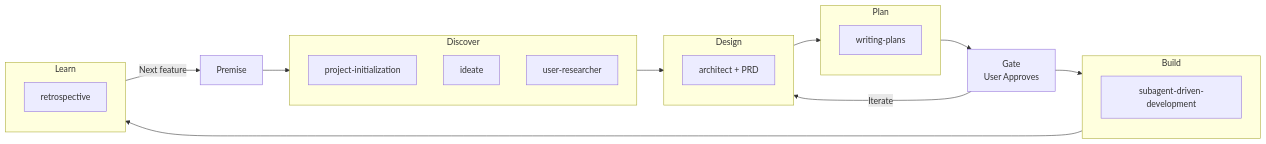
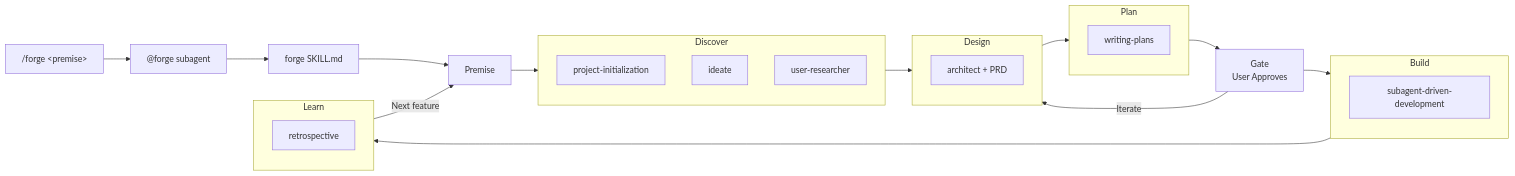
Before and after one commit to neoaisac/opencode-productforge: the diagram in README.md, drawn with Mermaid. The commit also changed other lines of this file, not shown here.

Commit message:
fix: correct table separator in README

````diff
--- a/README.md
+++ b/README.md
@@ -20,33 +20,37 @@
 ```mermaid
 flowchart LR
-    P[Premise] --> D[Discover]
+    CMD["/forge &lt;premise&gt;"] --> AGT["@forge subagent"]
+    AGT --> SKL["forge SKILL.md"]
+
+    SKL --> P[Premise]
+    P --> D[Discover]
     D --> D2[Design]
     D2 --> P2[Plan]
     P2 --> G[Gate<br>User Approves]
     G --> B[Build]
     G -->|Iterate| D2
     B --> L[Learn]
     L -->|Next feature| P
 
     subgraph D[Discover]
         Init["project-initialization"]
         ID["ideate"]
         UR["user-researcher"]
     end
 
     subgraph D2[Design]
         Arch["architect + PRD"]
     end
 
     subgraph P2[Plan]
         WP["writing-plans"]
     end
 
     subgraph B[Build]
         Exec["subagent-driven-development"]
     end
 
     subgraph L[Learn]
         Retro["retrospective"]
     end
 ```
````
